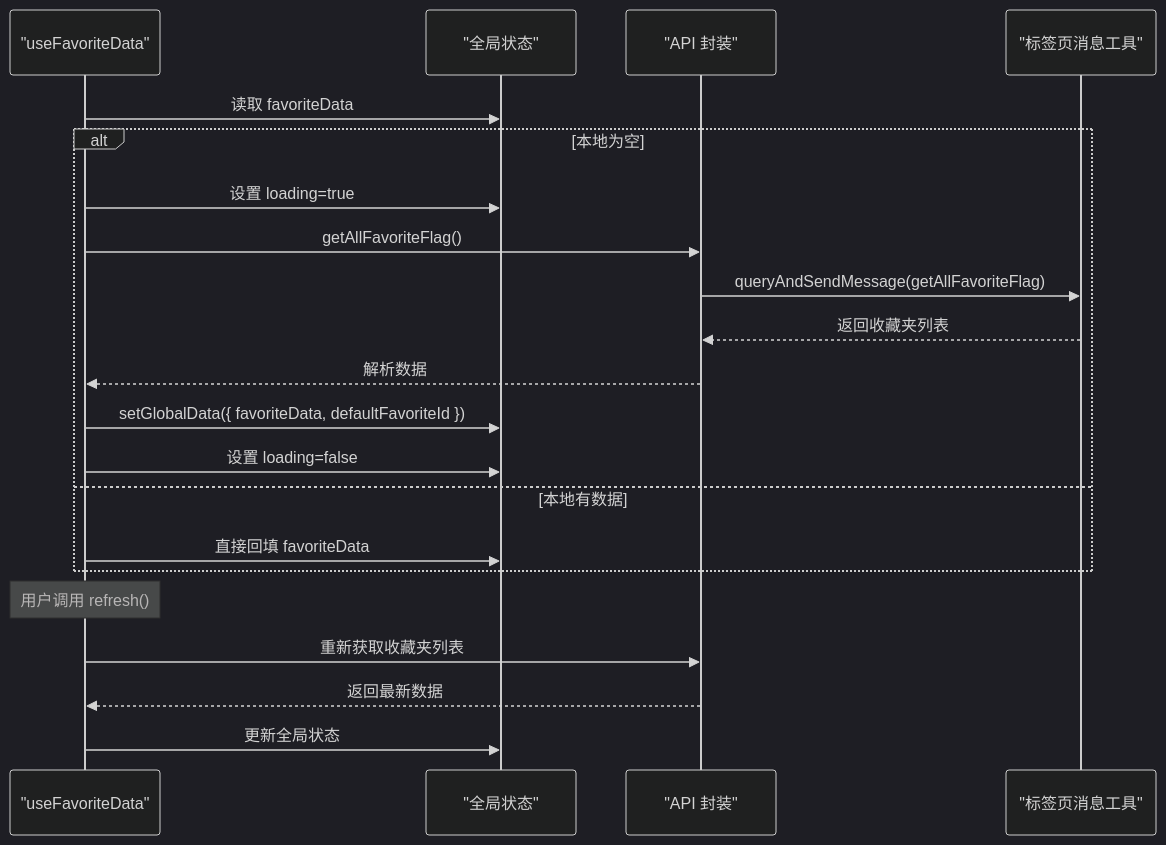
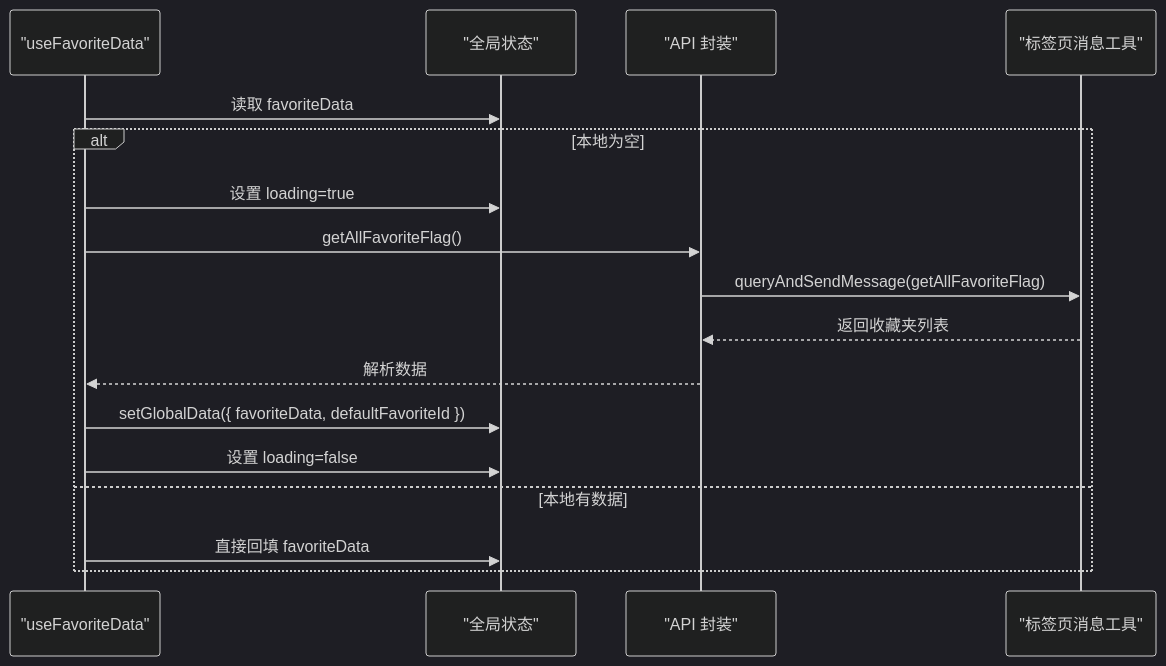
The fourth of 9 diagrams in .qoder/repowiki/zh/content/核心功能模块/收藏夹管理系统.md (RadiumAg/bilibili-favorites), drawn with Mermaid (dark theme) before and after one commit. The commit also changed other lines of this file and 21 other files, not shown here.

````diff
--- a/.qoder/repowiki/zh/content/核心功能模块/收藏夹管理系统.md
+++ b/.qoder/repowiki/zh/content/核心功能模块/收藏夹管理系统.md
@@ -213,23 +182,19 @@
 ```mermaid
 sequenceDiagram
 participant Hook as "useFavoriteData"
 participant Store as "全局状态"
 participant API as "API 封装"
 participant Tab as "标签页消息工具"
 Hook->>Store : 读取 favoriteData
 alt 本地为空
 Hook->>Store : 设置 loading=true
 Hook->>API : getAllFavoriteFlag()
 API->>Tab : queryAndSendMessage(getAllFavoriteFlag)
 Tab-->>API : 返回收藏夹列表
 API-->>Hook : 解析数据
 Hook->>Store : setGlobalData({ favoriteData, defaultFavoriteId })
 Hook->>Store : 设置 loading=false
 else 本地有数据
 Hook->>Store : 直接回填 favoriteData
 end
-note over Hook : 用户调用 refresh()
-Hook->>API : 重新获取收藏夹列表
-API-->>Hook : 返回最新数据
-Hook->>Store : 更新全局状态
 ```
````
